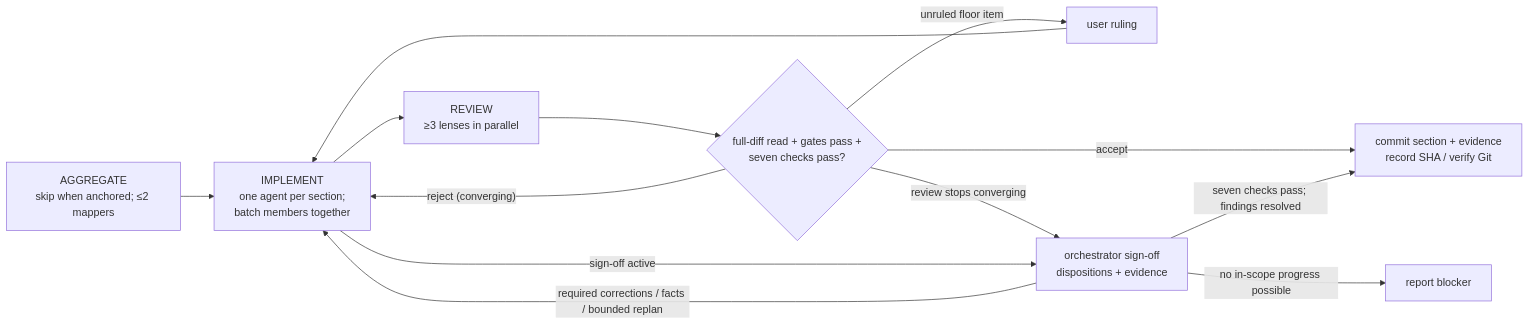
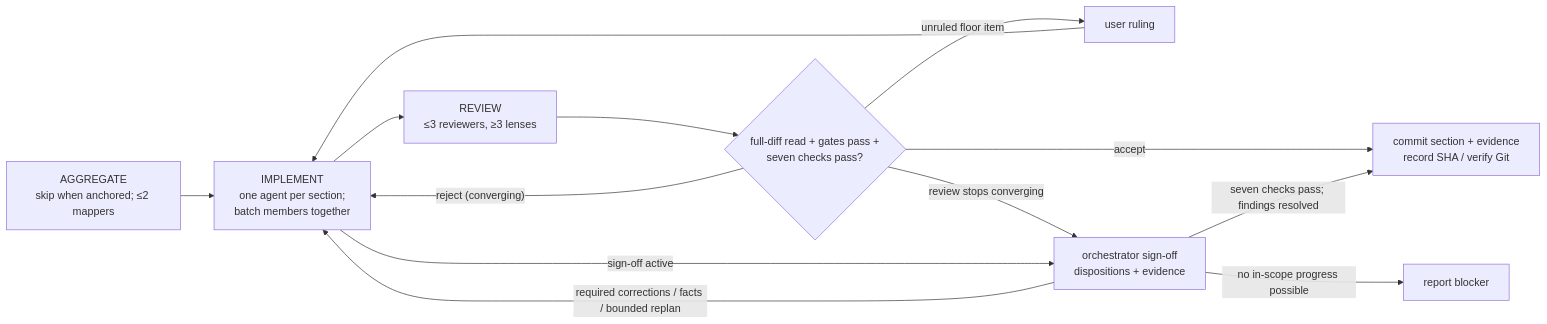
Before and after one commit to carboni123/goal-driven-implementation: the first of 2 diagrams in skills/goal-driven-implementation/assets/plan-template.md, drawn with Mermaid. The commit also changed other lines of this file and 13 other files, not shown here.

````diff
--- a/skills/goal-driven-implementation/assets/plan-template.md
+++ b/skills/goal-driven-implementation/assets/plan-template.md
@@ -174,15 +174,15 @@
 ```mermaid
 flowchart LR
   AGG["AGGREGATE<br>skip when anchored; ≤2 mappers"] --> IMPL["IMPLEMENT<br>one agent per section;<br>batch members together"]
-  IMPL --> REV["REVIEW<br>≥3 lenses in parallel"]
+  IMPL --> REV["REVIEW<br>≤3 reviewers, ≥3 lenses"]
   REV --> GATE{"full-diff read + gates pass +<br>seven checks pass?"}
   GATE -- "reject (converging)" --> IMPL
   GATE -- accept --> COMMIT["commit section + evidence<br>record SHA / verify Git"]
   GATE -- "unruled floor item" --> USER["user ruling"]
   GATE -- "review stops converging" --> SIGN["orchestrator sign-off<br>dispositions + evidence"]
   USER --> IMPL
   SIGN -- "required corrections / facts / bounded replan" --> IMPL
   IMPL -- "sign-off active" --> SIGN
   SIGN -- "seven checks pass; findings resolved" --> COMMIT
   SIGN -- "no in-scope progress possible" --> STOP["report blocker"]
 ```
````
